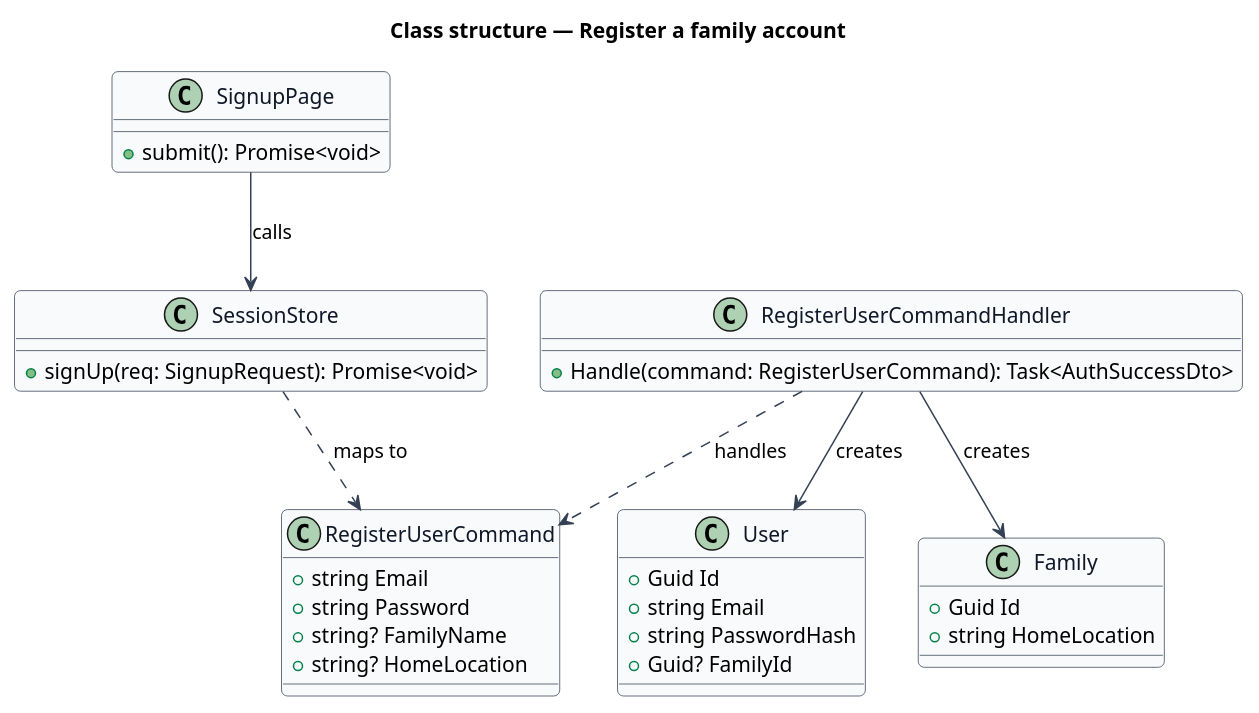
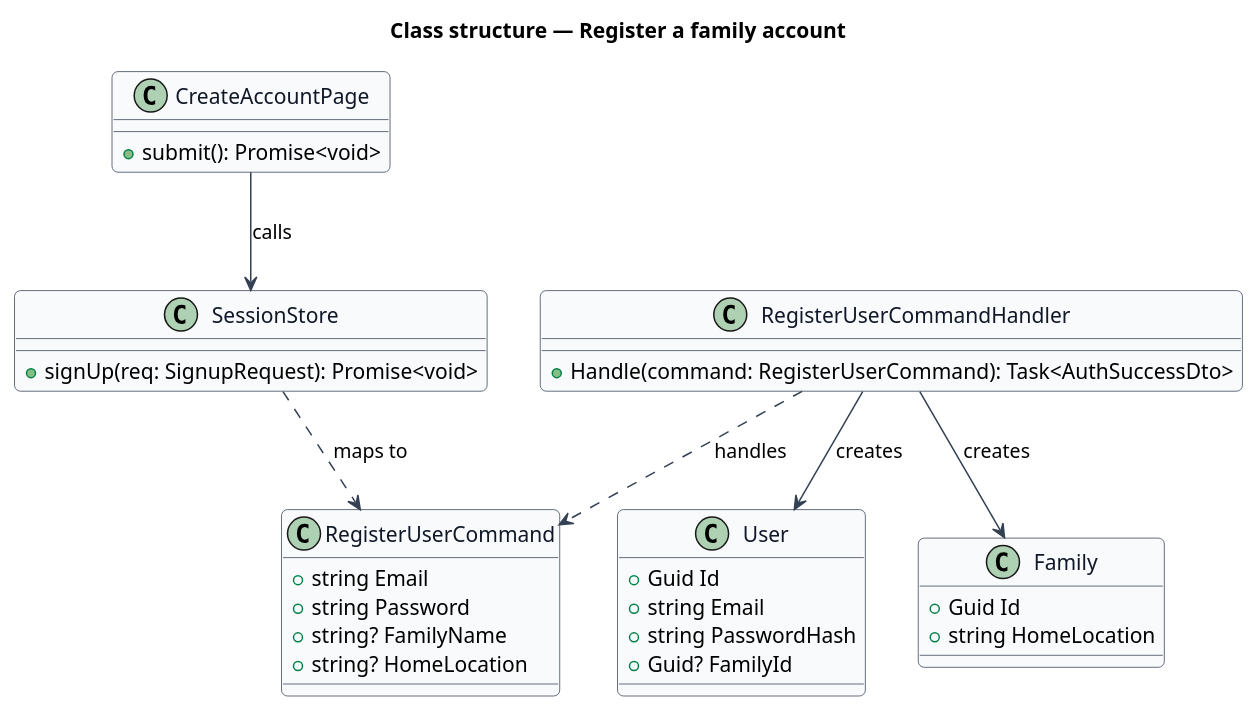
The diagram in docs/detailed-designs/identity-and-access/register-family-account/diagrams/class-structure.puml (QuinntyneBrown/saturdaze), drawn with PlantUML before and after one commit. The commit also changed 208 other files, not shown here.

```diff
--- a/docs/detailed-designs/identity-and-access/register-family-account/diagrams/class-structure.puml
+++ b/docs/detailed-designs/identity-and-access/register-family-account/diagrams/class-structure.puml
@@ -1,44 +1,44 @@
 @startuml
 skinparam backgroundColor #FFFFFF
 skinparam shadowing false
 skinparam roundcorner 8
 skinparam defaultFontName Arial
 skinparam ArrowColor #344054
 skinparam class {
   BorderColor #344054
   FontColor #101828
   BackgroundColor #F9FAFB
 }
 title Class structure — Register a family account
 
-class SignupPage {
+class CreateAccountPage {
   +submit(): Promise<void>
 }
 class SessionStore {
   +signUp(req: SignupRequest): Promise<void>
 }
 class RegisterUserCommand {
   +string Email
   +string Password
   +string? FamilyName
   +string? HomeLocation
 }
 class RegisterUserCommandHandler {
   +Handle(command: RegisterUserCommand): Task<AuthSuccessDto>
 }
 class User {
   +Guid Id
   +string Email
   +string PasswordHash
   +Guid? FamilyId
 }
 class Family {
   +Guid Id
   +string HomeLocation
 }
-SignupPage --> SessionStore : calls
+CreateAccountPage --> SessionStore : calls
 SessionStore ..> RegisterUserCommand : maps to
 RegisterUserCommandHandler ..> RegisterUserCommand : handles
 RegisterUserCommandHandler --> User : creates
 RegisterUserCommandHandler --> Family : creates
 @enduml
```
